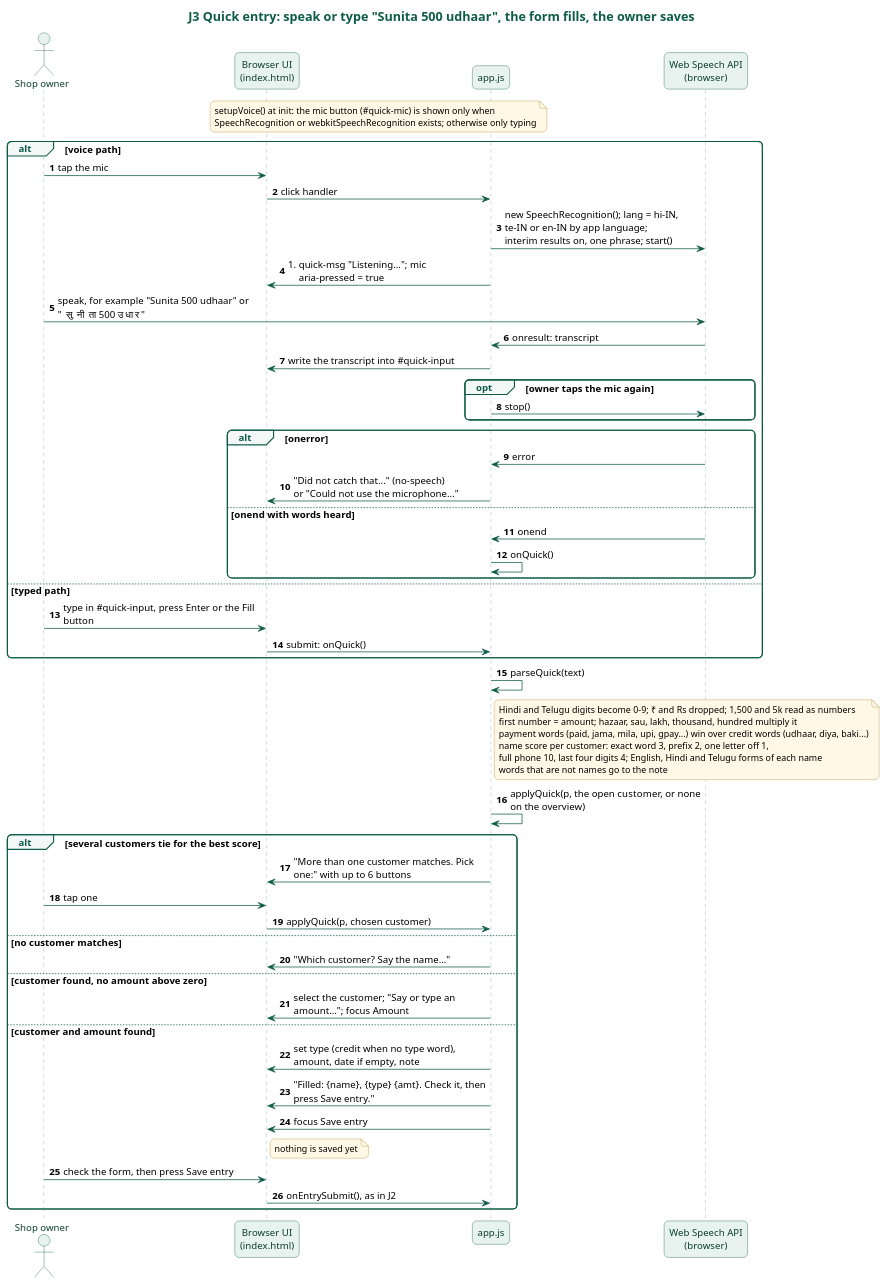
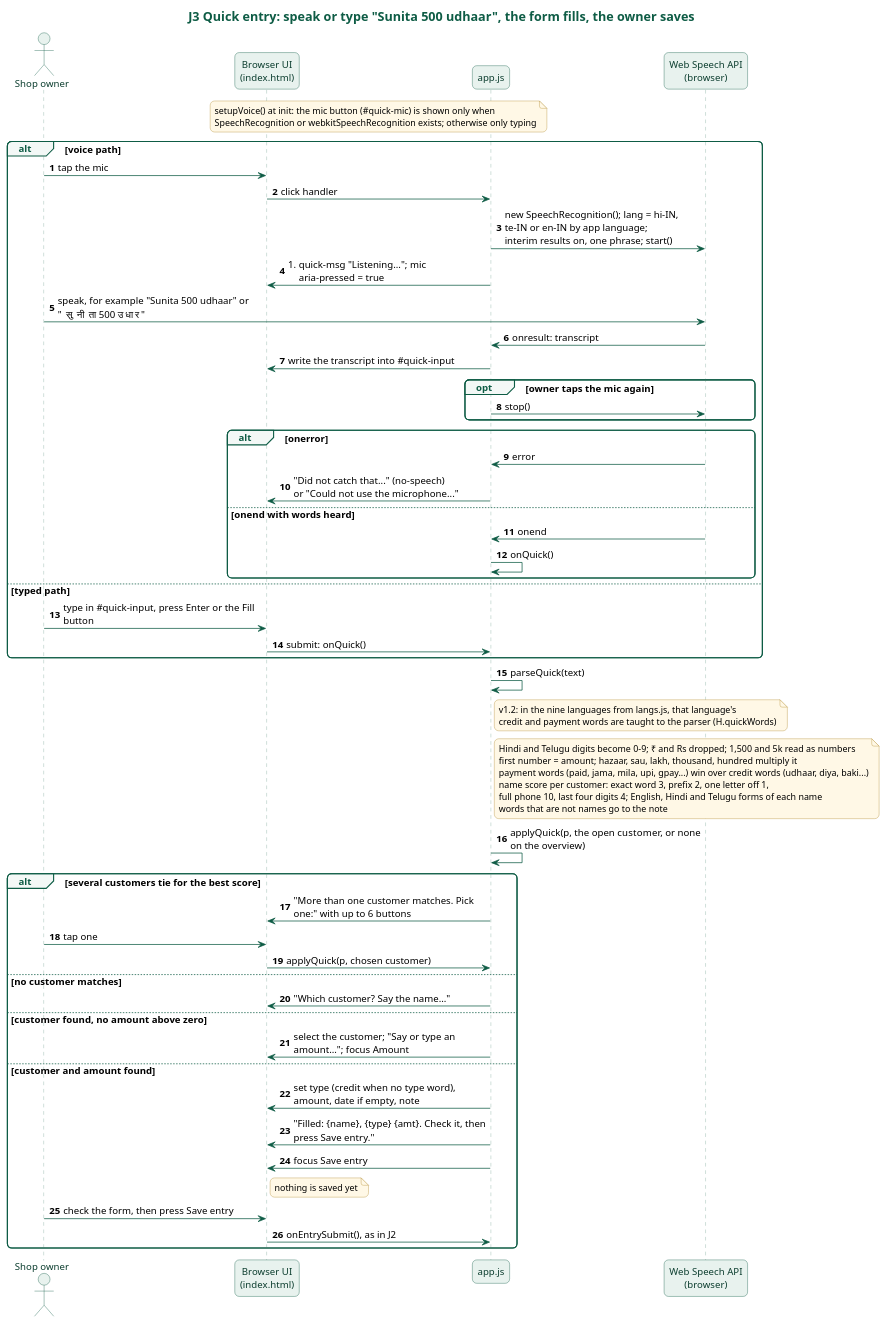
Before and after one commit to karwasanjay007/hisaab-docs: the diagram in docs/diagrams/j3-quick-entry-voice.puml, drawn with PlantUML. The commit also changed 14 other files, not shown here.

First line of the commit message:
Documents checked against the code: diagrams, journeys, requirements and epics corrected to version 1.2.0.0

```diff
--- a/docs/diagrams/j3-quick-entry-voice.puml
+++ b/docs/diagrams/j3-quick-entry-voice.puml
@@ -1,94 +1,95 @@
 @startuml j3-quick-entry-voice
 title J3 Quick entry: speak or type "Sunita 500 udhaar", the form fills, the owner saves
 skinparam backgroundColor white
 skinparam defaultFontName "Noto Sans"
 skinparam defaultFontSize 13
 skinparam roundCorner 12
 skinparam shadowing false
 skinparam maxMessageSize 260
 skinparam titleFontSize 17
 skinparam titleFontColor #0E5C45
 skinparam sequenceMessageAlign left
 skinparam responseMessageBelowArrow true
 skinparam sequence {
   ArrowColor #0E5C45
   LifeLineBorderColor #7FA89A
   LifeLineBackgroundColor #E8F2EE
   ParticipantBorderColor #0E5C45
   ParticipantBackgroundColor #E8F2EE
   ParticipantFontColor #0B3D2E
   ActorBorderColor #0E5C45
   ActorBackgroundColor #E8F2EE
   ActorFontColor #0B3D2E
   GroupBorderColor #0E5C45
   GroupHeaderFontColor #0E5C45
   GroupBackgroundColor #F3F8F6
   DividerBorderColor #0E5C45
   DividerBackgroundColor #E8F2EE
   DividerFontColor #0B3D2E
   BoxBorderColor #0E5C45
 }
 skinparam database {
   BorderColor #0E5C45
   BackgroundColor #E8F2EE
 }
 skinparam note {
   BorderColor #B08A2E
   BackgroundColor #FFF8E6
   FontSize 12
 }
 actor "Shop owner" as Owner
 participant "Browser UI\n(index.html)" as UI
 participant "app.js" as App
 participant "Web Speech API\n(browser)" as SR
 autonumber
 note over UI, App : setupVoice() at init: the mic button (#quick-mic) is shown only when\nSpeechRecognition or webkitSpeechRecognition exists; otherwise only typing
 alt voice path
   Owner -> UI : tap the mic
   UI -> App : click handler
   App -> SR : new SpeechRecognition(); lang = hi-IN, te-IN or en-IN by app language;\ninterim results on, one phrase; start()
   App -> UI : #quick-msg "Listening..."; mic aria-pressed = true
   Owner -> SR : speak, for example "Sunita 500 udhaar" or "सुनीता 500 उधार"
   SR -> App : onresult: transcript
   App -> UI : write the transcript into #quick-input
   opt owner taps the mic again
     App -> SR : stop()
   end
   alt onerror
     SR -> App : error
     App -> UI : "Did not catch that..." (no-speech)\nor "Could not use the microphone..."
   else onend with words heard
     SR -> App : onend
     App -> App : onQuick()
   end
 else typed path
   Owner -> UI : type in #quick-input, press Enter or the Fill button
   UI -> App : submit: onQuick()
 end
 App -> App : parseQuick(text)
+note right of App : v1.2: in the nine languages from langs.js, that language's\ncredit and payment words are taught to the parser (H.quickWords)
 note right of App
   Hindi and Telugu digits become 0-9; ₹ and Rs dropped; 1,500 and 5k read as numbers
   first number = amount; hazaar, sau, lakh, thousand, hundred multiply it
   payment words (paid, jama, mila, upi, gpay...) win over credit words (udhaar, diya, baki...)
   name score per customer: exact word 3, prefix 2, one letter off 1,
   full phone 10, last four digits 4; English, Hindi and Telugu forms of each name
   words that are not names go to the note
 end note
 App -> App : applyQuick(p, the open customer, or none on the overview)
 alt several customers tie for the best score
   App -> UI : "More than one customer matches. Pick one:" with up to 6 buttons
   Owner -> UI : tap one
   UI -> App : applyQuick(p, chosen customer)
 else no customer matches
   App -> UI : "Which customer? Say the name..."
 else customer found, no amount above zero
   App -> UI : select the customer; "Say or type an amount..."; focus Amount
 else customer and amount found
   App -> UI : set type (credit when no type word), amount, date if empty, note
   App -> UI : "Filled: {name}, {type} {amt}. Check it, then press Save entry."
   App -> UI : focus Save entry
   note right of UI : nothing is saved yet
   Owner -> UI : check the form, then press Save entry
   UI -> App : onEntrySubmit(), as in J2
 end
 @enduml
```
